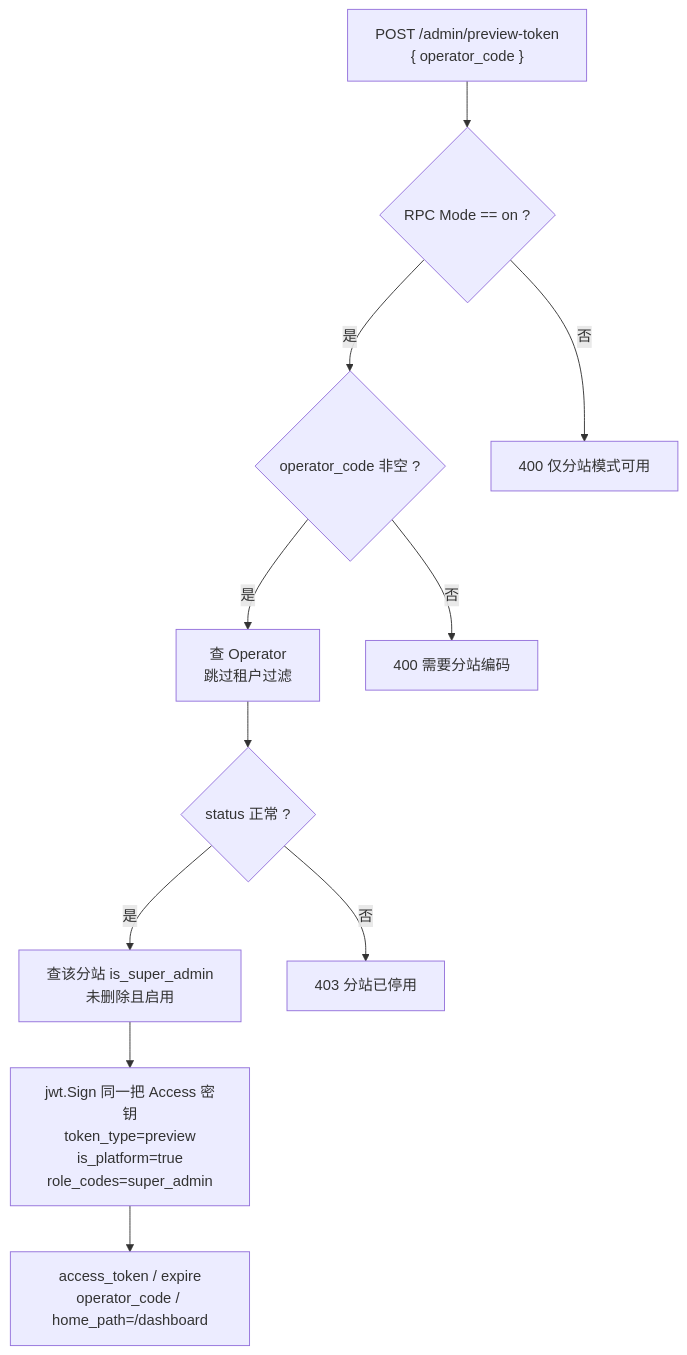
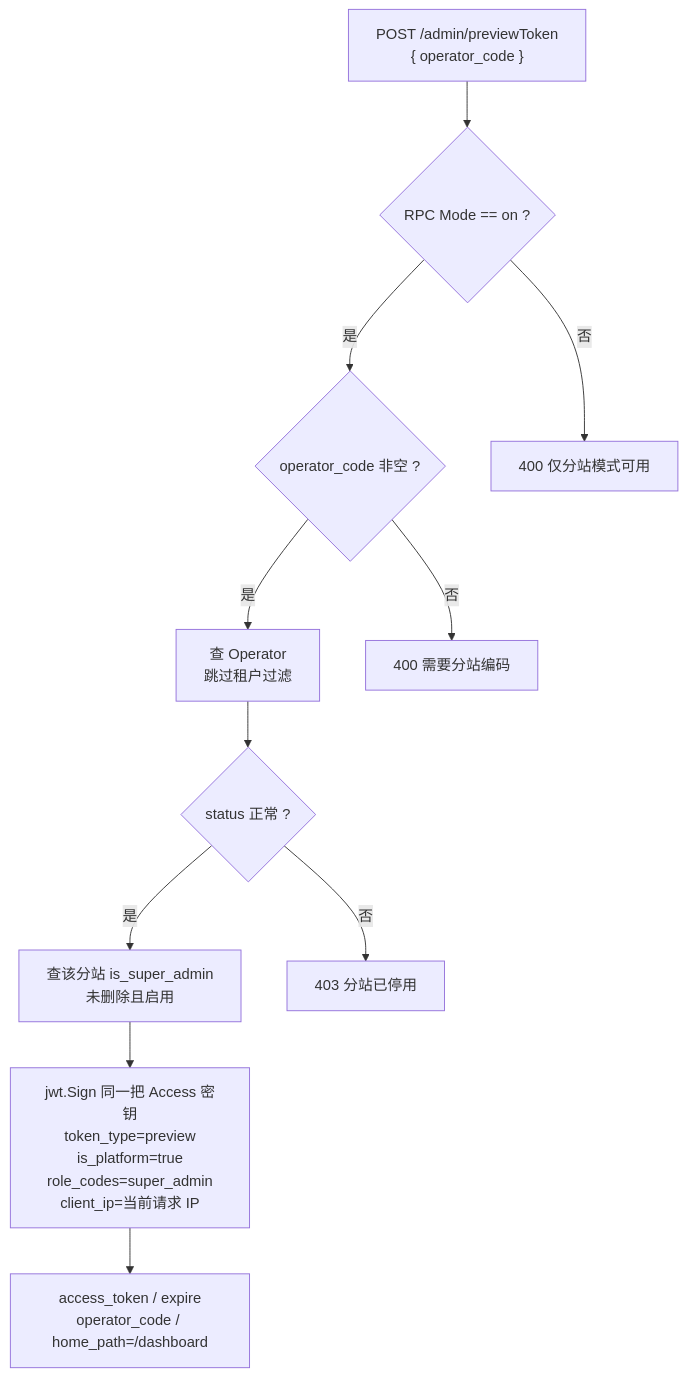
Before and after one commit to ns9ryan/p9_demo: the second of 5 diagrams in core-demo/docs/preview-token.md, drawn with Mermaid. The commit also changed other lines of this file and 17 other files, not shown here.

````diff
--- a/core-demo/docs/preview-token.md
+++ b/core-demo/docs/preview-token.md
@@ -52,19 +52,19 @@
 ```mermaid
 flowchart TB
-  Req["POST /admin/preview-token<br/>{ operator_code }"]
+  Req["POST /admin/previewToken<br/>{ operator_code }"]
   Mode{"RPC Mode == on ?"}
   Code{"operator_code 非空 ?"}
   Op["查 Operator<br/>跳过租户过滤"]
   St{"status 正常 ?"}
   User["查该分站 is_super_admin<br/>未删除且启用"]
-  Sign["jwt.Sign 同一把 Access 密钥<br/>token_type=preview<br/>is_platform=true<br/>role_codes=super_admin"]
+  Sign["jwt.Sign 同一把 Access 密钥<br/>token_type=preview<br/>is_platform=true<br/>role_codes=super_admin<br/>client_ip=当前请求 IP"]
   Out["access_token / expire<br/>operator_code / home_path=/dashboard"]
 
   Req --> Mode
   Mode -->|否| E400["400 仅分站模式可用"]
   Mode -->|是| Code
   Code -->|否| E400b["400 需要分站编码"]
   Code -->|是| Op --> St
   St -->|否| E403["403 分站已停用"]
   St -->|是| User --> Sign --> Out
 ```
````
